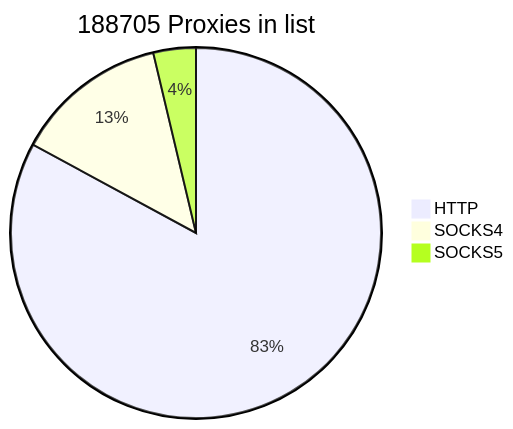
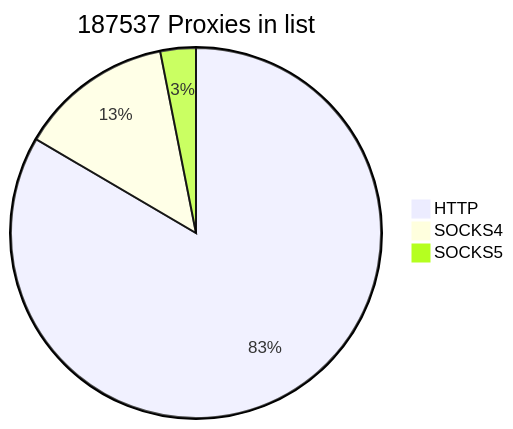
One commit to cutipu/proxylist changed the first of 2 diagrams in README.md. Above: the diagram before and after it, drawn with Mermaid. The commit also changed other lines of this file, not shown here.

````diff
--- a/README.md
+++ b/README.md
@@ -2,7 +2,7 @@
 ```mermaid
-pie title 188705 Proxies in list
-    "HTTP" : 156455
-    "SOCKS4" : 25248
-    "SOCKS5" : 7002
+pie title 187537 Proxies in list
+    "HTTP" : 156478
+    "SOCKS4" : 25247
+    "SOCKS5" : 5812
             
 ```
````
